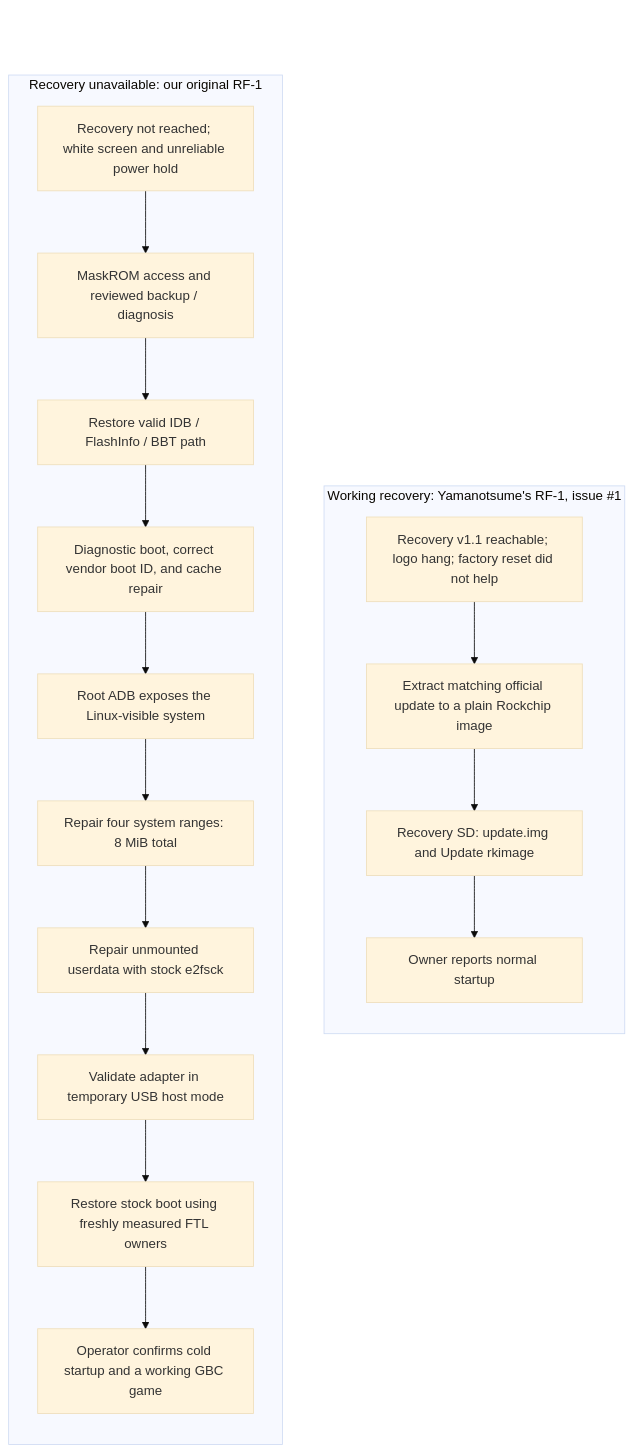
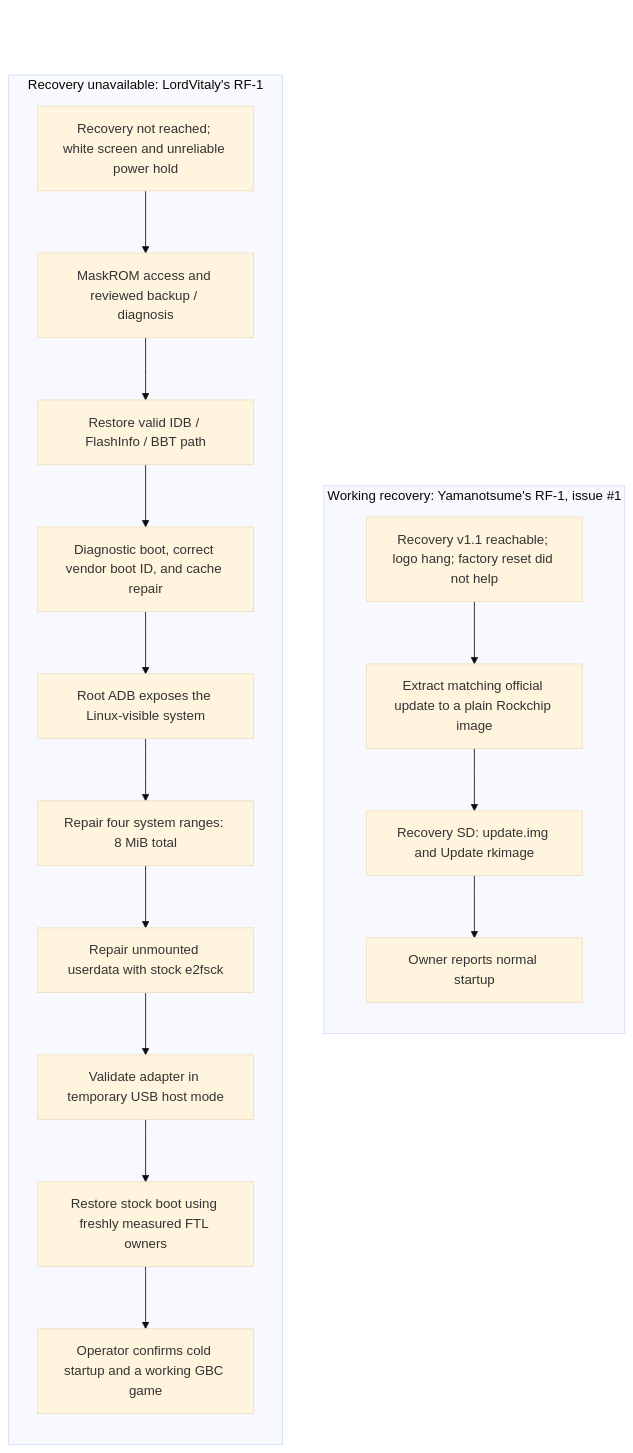
Before and after one commit to LordVitaly/retrofreak-rf1-repair-research: the diagram in README.md, drawn with Mermaid (base theme). The commit also changed 2 other files, not shown here.

Commit message:
Name LordVitaly's RF-1 in the recovery diagram

````diff
--- a/README.md
+++ b/README.md
@@ -81,31 +81,31 @@
 ```mermaid
 flowchart TB
     %% Invisible shared anchor aligns the two independent routes at the top.
     ALIGN[" "]
     style ALIGN fill:transparent,stroke:transparent,color:transparent
 
     subgraph RECOVERY["Working recovery: Yamanotsume's RF-1, issue #1"]
         direction TB
         R1["Recovery v1.1 reachable; logo hang; factory reset did not help"]
         R1 --> R2["Extract matching official update to a plain Rockchip image"]
         R2 --> R3["Recovery SD: update.img and Update rkimage"]
         R3 --> R4["Owner reports normal startup"]
     end
 
-    subgraph ORIGINAL["Recovery unavailable: our original RF-1"]
+    subgraph ORIGINAL["Recovery unavailable: LordVitaly's RF-1"]
         direction TB
         A["Recovery not reached; white screen and unreliable power hold"]
         A --> M["MaskROM access and reviewed backup / diagnosis"]
         M --> B["Restore valid IDB / FlashInfo / BBT path"]
         B --> C["Diagnostic boot, correct vendor boot ID, and cache repair"]
         C --> D["Root ADB exposes the Linux-visible system"]
         D --> E["Repair four system ranges: 8 MiB total"]
         E --> F["Repair unmounted userdata with stock e2fsck"]
         F --> G["Validate adapter in temporary USB host mode"]
         G --> H["Restore stock boot using freshly measured FTL owners"]
         H --> I["Operator confirms cold startup and a working GBC game"]
     end
 
     ALIGN ~~~ R1
     ALIGN ~~~ A
 ```
````
